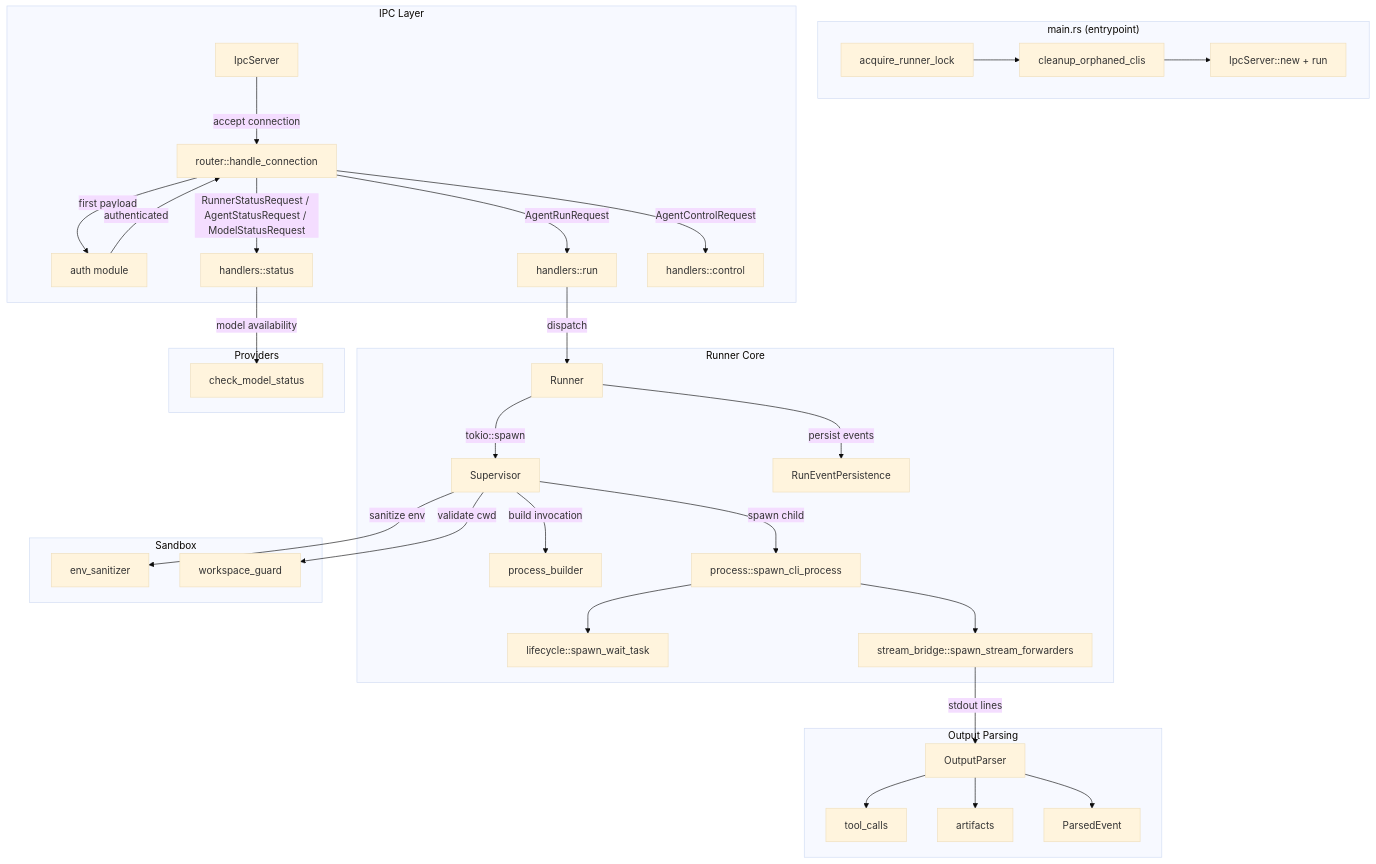
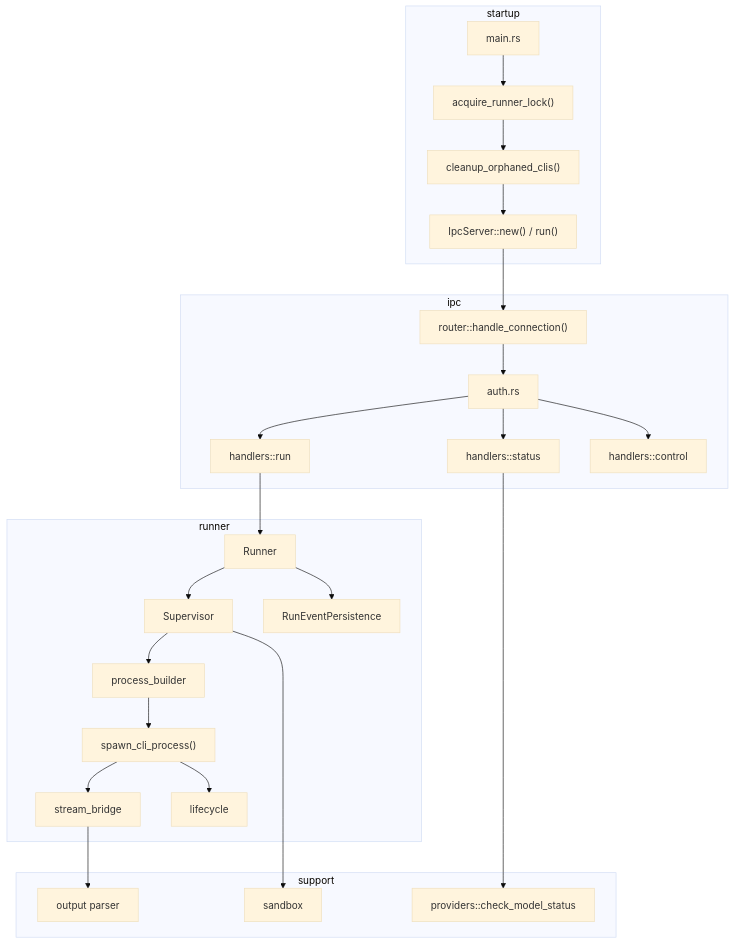
Before and after one commit to launchapp-dev/animus-cli: the first of 2 diagrams in crates/agent-runner/README.md, drawn with Mermaid (base theme). The commit also changed other lines of this file and 15 other files, not shown here.

````diff
--- a/crates/agent-runner/README.md
+++ b/crates/agent-runner/README.md
@@ -13,70 +17,50 @@
 ```mermaid
 flowchart TD
-    subgraph main["main.rs (entrypoint)"]
-        LOCK[acquire_runner_lock]
-        CLEANUP[cleanup_orphaned_clis]
-        BOOT[IpcServer::new + run]
+    subgraph "startup"
+        MAIN["main.rs"]
+        LOCK["acquire_runner_lock()"]
+        CLEAN["cleanup_orphaned_clis()"]
+        SERVER["IpcServer::new() / run()"]
     end
 
-    LOCK --> CLEANUP --> BOOT
+    MAIN --> LOCK --> CLEAN --> SERVER
 
-    subgraph ipc["IPC Layer"]
-        SERVER[IpcServer]
-        AUTH[auth module]
-        ROUTER[router::handle_connection]
-        H_RUN[handlers::run]
-        H_STATUS[handlers::status]
-        H_CONTROL[handlers::control]
+    subgraph "ipc"
+        ROUTER["router::handle_connection()"]
+        AUTH["auth.rs"]
+        HRUN["handlers::run"]
+        HSTATUS["handlers::status"]
+        HCONTROL["handlers::control"]
     end
 
-    SERVER -->|accept connection| ROUTER
-    ROUTER -->|first payload| AUTH
-    AUTH -->|authenticated| ROUTER
-    ROUTER -->|AgentRunRequest| H_RUN
-    ROUTER -->|RunnerStatusRequest / AgentStatusRequest / ModelStatusRequest| H_STATUS
-    ROUTER -->|AgentControlRequest| H_CONTROL
+    SERVER --> ROUTER
+    ROUTER --> AUTH
+    AUTH --> HRUN
+    AUTH --> HSTATUS
+    AUTH --> HCONTROL
 
-    subgraph runner["Runner Core"]
-        RUNNER[Runner]
-        SUPERVISOR[Supervisor]
-        PROC_BUILDER[process_builder]
-        PROCESS[process::spawn_cli_process]
-        LIFECYCLE[lifecycle::spawn_wait_task]
-        STREAM_BRIDGE[stream_bridge::spawn_stream_forwarders]
-        EVENT_PERSIST[RunEventPersistence]
+    subgraph "runner"
+        RUNNER["Runner"]
+        SUP["Supervisor"]
+        BUILD["process_builder"]
+        PROC["spawn_cli_process()"]
+        STREAM["stream_bridge"]
+        WAIT["lifecycle"]
+        PERSIST["RunEventPersistence"]
     end
 
-    H_RUN -->|dispatch| RUNNER
-    RUNNER -->|tokio::spawn| SUPERVISOR
-    SUPERVISOR -->|build invocation| PROC_BUILDER
-    SUPERVISOR -->|spawn child| PROCESS
-    PROCESS --> LIFECYCLE
-    PROCESS --> STREAM_BRIDGE
-    RUNNER -->|persist events| EVENT_PERSIST
+    HRUN --> RUNNER --> SUP --> BUILD --> PROC
+    PROC --> STREAM
+    PROC --> WAIT
+    RUNNER --> PERSIST
 
-    subgraph output["Output Parsing"]
-        PARSER[OutputParser]
-        TOOL_CALLS[tool_calls]
-        ARTIFACTS[artifacts]
-        EVENTS[ParsedEvent]
+    subgraph "support"
+        PARSER["output parser"]
+        SANDBOX["sandbox"]
+        MODELS["providers::check_model_status"]
     end
 
-    STREAM_BRIDGE -->|stdout lines| PARSER
-    PARSER --> TOOL_CALLS
-    PARSER --> ARTIFACTS
-    PARSER --> EVENTS
-
-    subgraph sandbox["Sandbox"]
-        ENV_SAN[env_sanitizer]
-        WS_GUARD[workspace_guard]
-    end
-
-    SUPERVISOR -->|sanitize env| ENV_SAN
-    SUPERVISOR -->|validate cwd| WS_GUARD
-
-    subgraph providers["Providers"]
-        MODEL_CHECK[check_model_status]
-    end
-
-    H_STATUS -->|model availability| MODEL_CHECK
+    STREAM --> PARSER
+    SUP --> SANDBOX
+    HSTATUS --> MODELS
 ```
````
